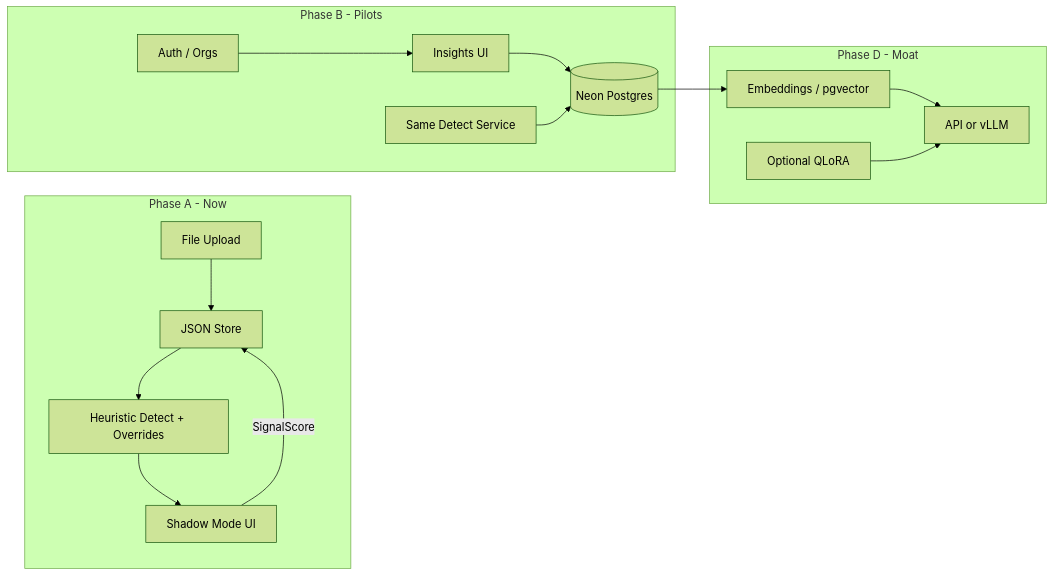
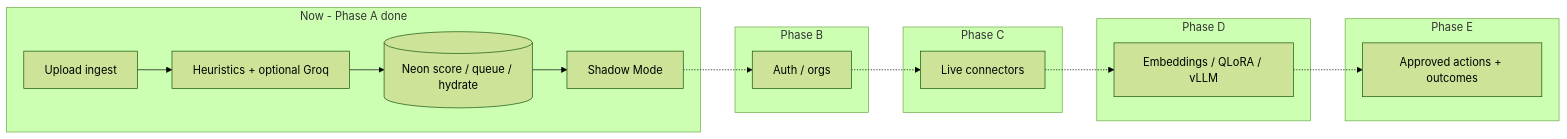
The diagram in .cursor/plans/sioona_product_context.md (sanketsangi/sioona), drawn with Mermaid (forest theme) before and after one commit. The commit also changed other lines of this file and 29 other files, not shown here.

````diff
--- a/.cursor/plans/sioona_product_context.md
+++ b/.cursor/plans/sioona_product_context.md
@@ -357,28 +119,23 @@
 ```mermaid
 flowchart LR
-  subgraph phaseA [Phase A - Now]
-    Upload[File Upload]
-    StoreA[JSON Store]
-    DetectA[Heuristic Detect + Overrides]
-    UI[Shadow Mode UI]
-    Upload --> StoreA --> DetectA --> UI
-    UI -->|SignalScore| StoreA
+  subgraph now [Now - Phase A done]
+    Upload[Upload ingest]
+    Detect[Heuristics + optional Groq]
+    Neon[(Neon score / queue / hydrate)]
+    UI[Shadow Mode]
+    Upload --> Detect --> Neon --> UI
   end
-
-  subgraph phaseB [Phase B - Pilots]
-    Auth[Auth / Orgs]
-    Neon[(Neon Postgres)]
-    DetectA2[Same Detect Service]
-    Auth --> UI2[Insights UI]
-    UI2 --> Neon
-    DetectA2 --> Neon
+  subgraph B [Phase B]
+    Auth[Auth / orgs]
   end
-
-  subgraph phaseD [Phase D - Moat]
-    Emb[Embeddings / pgvector]
-    LLM[API or vLLM]
-    FT[Optional QLoRA]
-    Neon --> Emb --> LLM
-    FT --> LLM
+  subgraph C [Phase C]
+    Hooks[Live connectors]
   end
+  subgraph D [Phase D]
+    Moat[Embeddings / QLoRA / vLLM]
+  end
+  subgraph E [Phase E]
+    Act[Approved actions + outcomes]
+  end
+  UI -.-> Auth -.-> Hooks -.-> Moat -.-> Act
 ```
````
